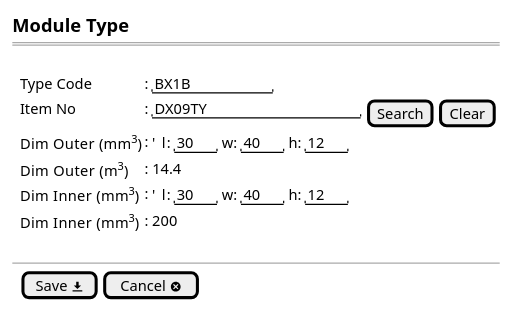
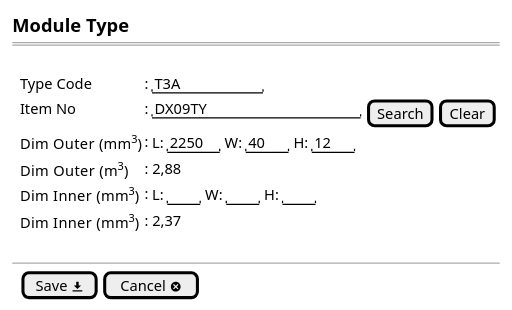
Before and after one commit to ari-fikri/packing-cost-mockup: the diagram in Module Type/module type - new step0a.puml, drawn with PlantUML. The commit also changed 1 other file, not shown here.

Commit message:
input real data di module type

```diff
--- a/Module Type/module type - new step0a.puml
+++ b/Module Type/module type - new step0a.puml
@@ -1,21 +1,21 @@
 @startsalt
 {
   <size:15><b>Module Type
   ==
   .
   {   
-    .|Type Code      |: |" BX1B       "|*
+    .|Type Code      |: |" T3A       "|*
     .|Item No        |: |" DX09TY              "| [Search] |* |[Clear] |*
-    .|Dim  Outer (mm<sup>3</sup>) |: {'  l:|" 30 "|w:|" 40 "|h:|" 12 "|}|*
-    .|Dim  Outer (m<sup>3</sup>)  |: 14.4|*
-    .|Dim  Inner (mm<sup>3</sup>) |: {'  l:|" 30 "|w:|" 40 "|h:|" 12 "|}|*
-    .|Dim  Inner (mm<sup>3</sup>) |: 200 |*
+    .|Dim  Outer (mm<sup>3</sup>) |: {L:|" 2250"|W:|" 40 "|H:|" 12 "|}|*
+    .|Dim  Outer (m<sup>3</sup>)  |: 2,88|*
+    .|Dim  Inner (mm<sup>3</sup>) |: {L:|"   "|W:|"   "|H:|"   "|}|*
+    .|Dim  Inner (mm<sup>3</sup>) |: 2,37 |*
   }
   .
 --  
 {
   .|  [Save <&data-transfer-download>] |  [Cancel <&circle-x>] |*
   }
 }
 
   @endsalt
```
